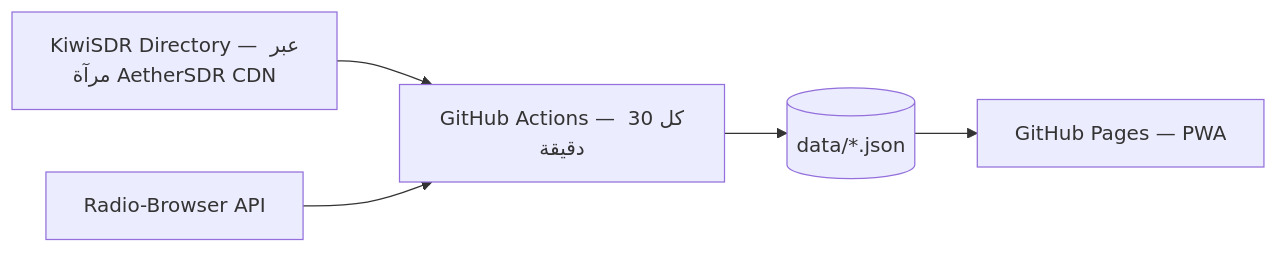
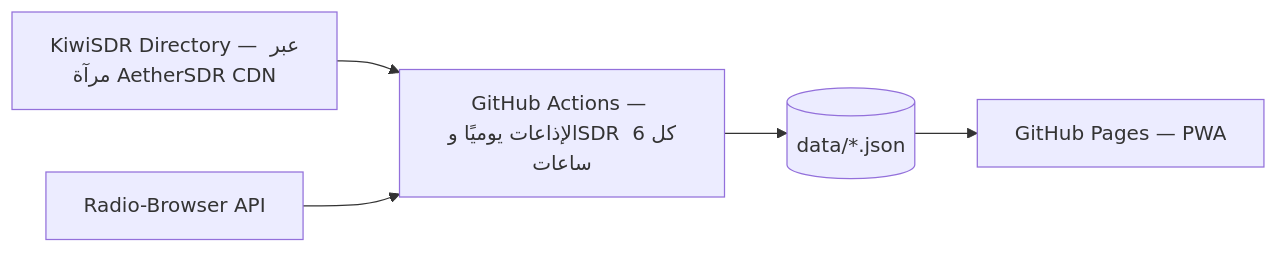
Before and after one commit to SamoTech/Radio: the diagram in README.md, drawn with Mermaid. The commit also changed other lines of this file, not shown here.

Commit message:
docs: describe stable data refresh schedule

````diff
--- a/README.md
+++ b/README.md
@@ -9,7 +9,7 @@
 ```mermaid
 flowchart LR
     A[KiwiSDR Directory — عبر مرآة AetherSDR CDN] --> C[Crawler]
     B[Radio-Browser API] --> C
-    C[GitHub Actions — كل 30 دقيقة] --> D[(data/*.json)]
+    C[GitHub Actions — الإذاعات يوميًا وSDR كل 6 ساعات] --> D[(data/*.json)]
     D --> E[GitHub Pages — PWA]
 ```
````
